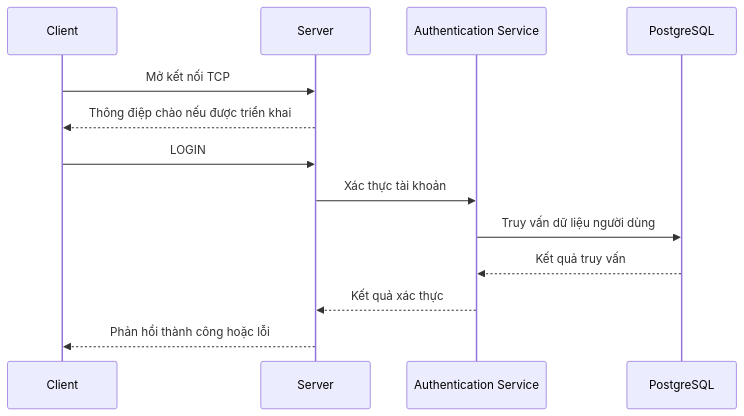
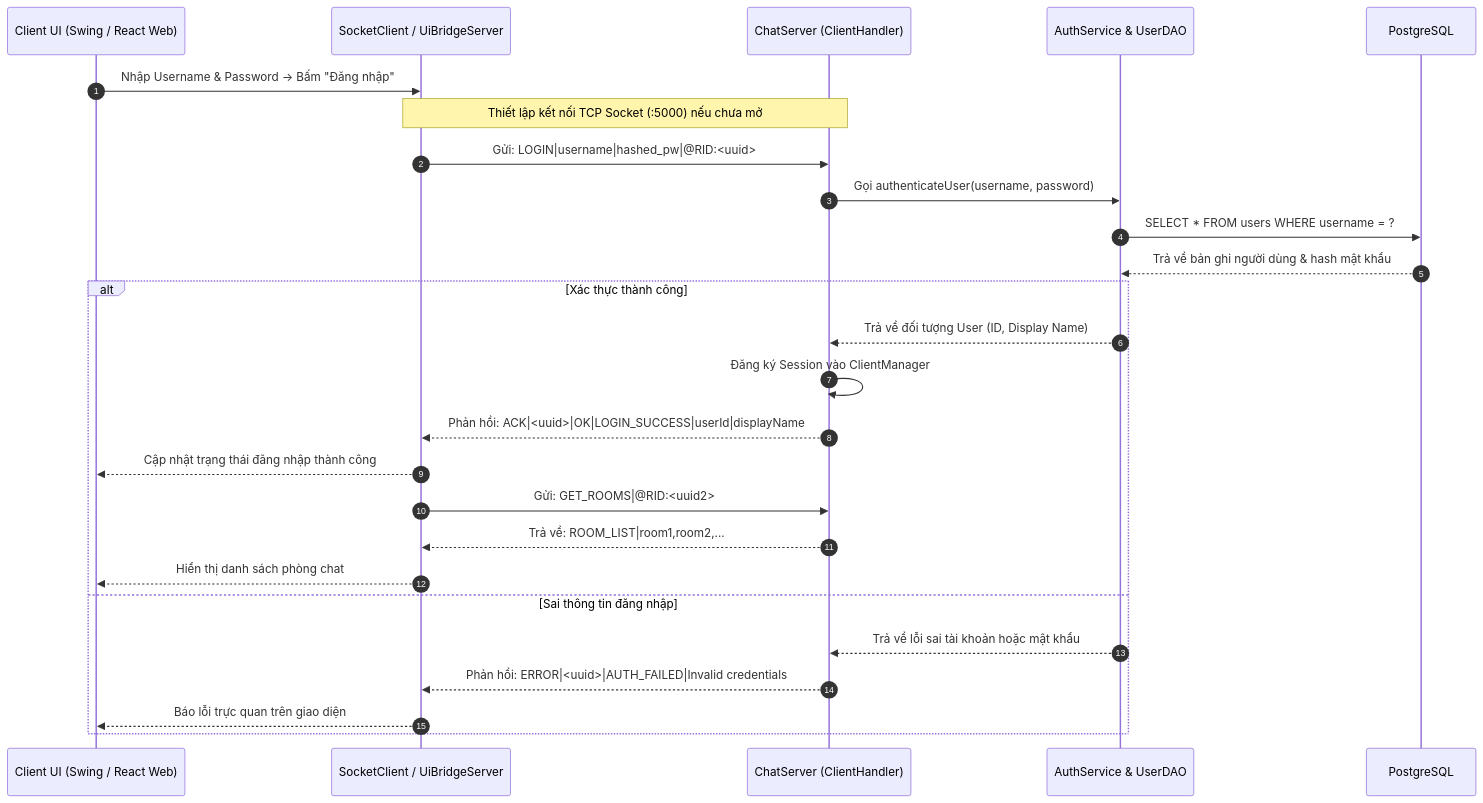
One commit to BuiHaYenVi/DA_LapTrinhMangMayTinh changed the second of 5 diagrams in README.md. Above: the diagram before and after it, drawn with Mermaid. The commit also changed other lines of this file and 4 other files, not shown here.

````diff
--- a/README.md
+++ b/README.md
@@ -108,16 +167,30 @@
 ```mermaid
 sequenceDiagram
-    participant C as Client
-    participant S as Server
-    participant A as Authentication Service
-    participant D as PostgreSQL
+    autonumber
+    participant UI as Client UI (Swing / React Web)
+    participant CL as SocketClient / UiBridgeServer
+    participant S as ChatServer (ClientHandler)
+    participant A as AuthService & UserDAO
+    participant DB as PostgreSQL
 
-    C->>S: Mở kết nối TCP
-    S-->>C: Thông điệp chào nếu được triển khai
-    C->>S: LOGIN
-    S->>A: Xác thực tài khoản
-    A->>D: Truy vấn dữ liệu người dùng
-    D-->>A: Kết quả truy vấn
-    A-->>S: Kết quả xác thực
-    S-->>C: Phản hồi thành công hoặc lỗi
+    UI->>CL: Nhập Username & Password -> Bấm "Đăng nhập"
+    Note over CL,S: Thiết lập kết nối TCP Socket (:5000) nếu chưa mở
+    CL->>S: Gửi: LOGIN|username|hashed_pw|@RID:<uuid>
+    S->>A: Gọi authenticateUser(username, password)
+    A->>DB: SELECT * FROM users WHERE username = ?
+    DB-->>A: Trả về bản ghi người dùng & hash mật khẩu
+    
+    alt Xác thực thành công
+        A-->>S: Trả về đối tượng User (ID, Display Name)
+        S->>S: Đăng ký Session vào ClientManager
+        S-->>CL: Phản hồi: ACK|<uuid>|OK|LOGIN_SUCCESS|userId|displayName
+        CL-->>UI: Cập nhật trạng thái đăng nhập thành công
+        CL->>S: Gửi: GET_ROOMS|@RID:<uuid2>
+        S-->>CL: Trả về: ROOM_LIST|room1,room2,...
+        CL-->>UI: Hiển thị danh sách phòng chat
+    else Sai thông tin đăng nhập
+        A-->>S: Trả về lỗi sai tài khoản hoặc mật khẩu
+        S-->>CL: Phản hồi: ERROR|<uuid>|AUTH_FAILED|Invalid credentials
+        CL-->>UI: Báo lỗi trực quan trên giao diện
+    end
 ```
````
